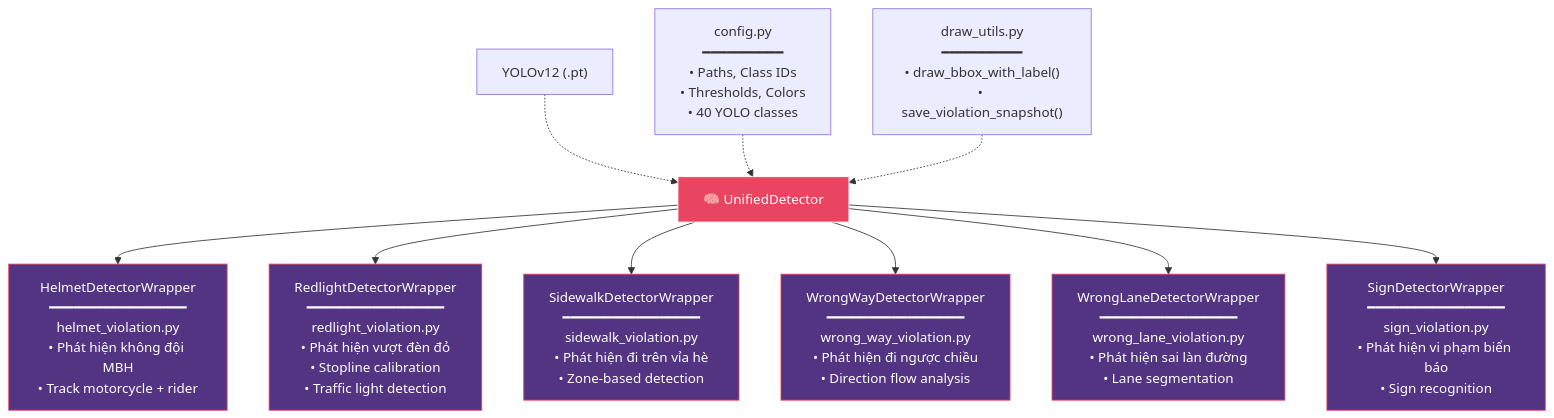
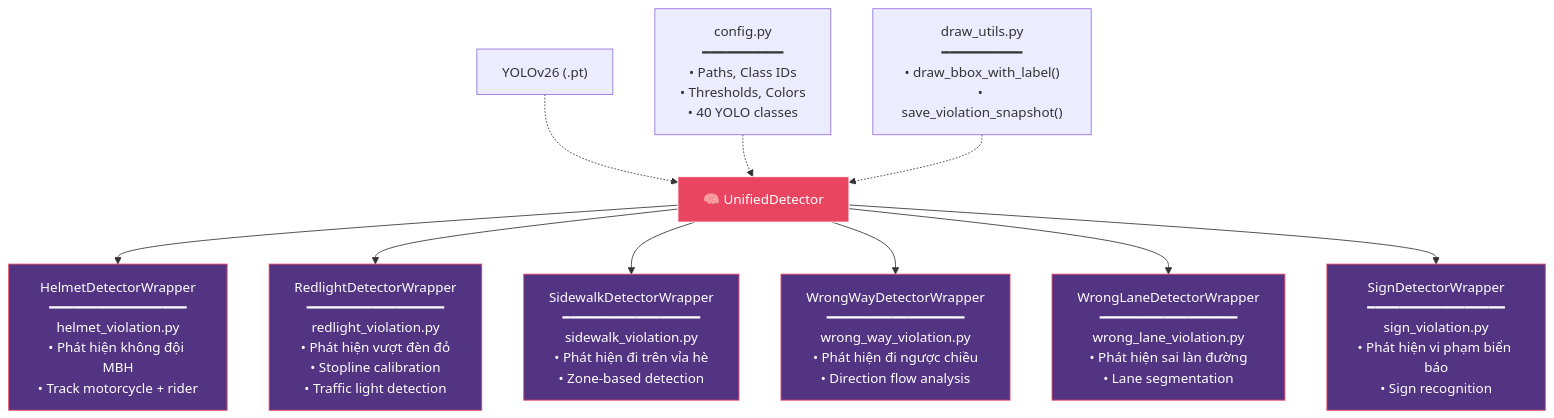
The third of 6 diagrams in Project info/architecture_diagram.md (khanhbes/Violation-Detect), drawn with Mermaid before and after one commit. The commit also changed other lines of this file and 6 other files, not shown here.

Commit message:
docs: add backend architecture and setup documentation with project resources

````diff
--- a/Project info/architecture_diagram.md
+++ b/Project info/architecture_diagram.md
@@ -100,23 +100,23 @@
 ```mermaid
 graph TB
     UD["🧠 UnifiedDetector"]
     
     UD --> H["HelmetDetectorWrapper<br/>━━━━━━━━━━━━━━━━━<br/>helmet_violation.py<br/>• Phát hiện không đội MBH<br/>• Track motorcycle + rider"]
     UD --> R["RedlightDetectorWrapper<br/>━━━━━━━━━━━━━━━━━<br/>redlight_violation.py<br/>• Phát hiện vượt đèn đỏ<br/>• Stopline calibration<br/>• Traffic light detection"]
     UD --> S["SidewalkDetectorWrapper<br/>━━━━━━━━━━━━━━━━━<br/>sidewalk_violation.py<br/>• Phát hiện đi trên vỉa hè<br/>• Zone-based detection"]
     UD --> WW["WrongWayDetectorWrapper<br/>━━━━━━━━━━━━━━━━━<br/>wrong_way_violation.py<br/>• Phát hiện đi ngược chiều<br/>• Direction flow analysis"]
     UD --> WL["WrongLaneDetectorWrapper<br/>━━━━━━━━━━━━━━━━━<br/>wrong_lane_violation.py<br/>• Phát hiện sai làn đường<br/>• Lane segmentation"]
     UD --> SG["SignDetectorWrapper<br/>━━━━━━━━━━━━━━━━━<br/>sign_violation.py<br/>• Phát hiện vi phạm biển báo<br/>• Sign recognition"]
 
-    YOLO["YOLOv12 (.pt)"] -.-> UD
+    YOLO["YOLOv26 (.pt)"] -.-> UD
     CFG["config.py<br/>━━━━━━━━━━<br/>• Paths, Class IDs<br/>• Thresholds, Colors<br/>• 40 YOLO classes"] -.-> UD
     DRAW["draw_utils.py<br/>━━━━━━━━━━<br/>• draw_bbox_with_label()<br/>• save_violation_snapshot()"] -.-> UD
 
     style UD fill:#e94560,stroke:#fff,color:#fff
     style H fill:#533483,stroke:#e94560,color:#fff
     style R fill:#533483,stroke:#e94560,color:#fff
     style S fill:#533483,stroke:#e94560,color:#fff
     style WW fill:#533483,stroke:#e94560,color:#fff
     style WL fill:#533483,stroke:#e94560,color:#fff
     style SG fill:#533483,stroke:#e94560,color:#fff
 ```
````
